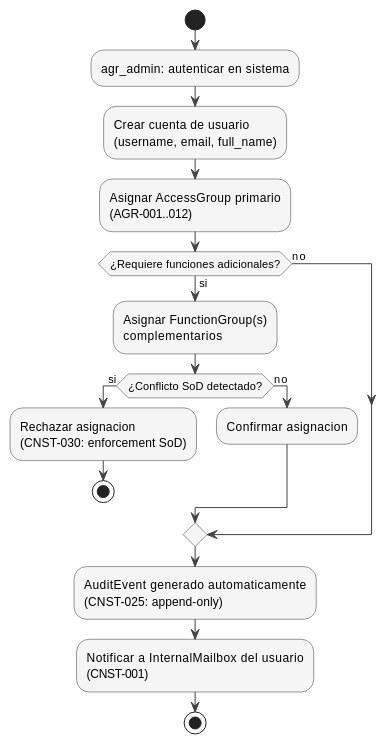
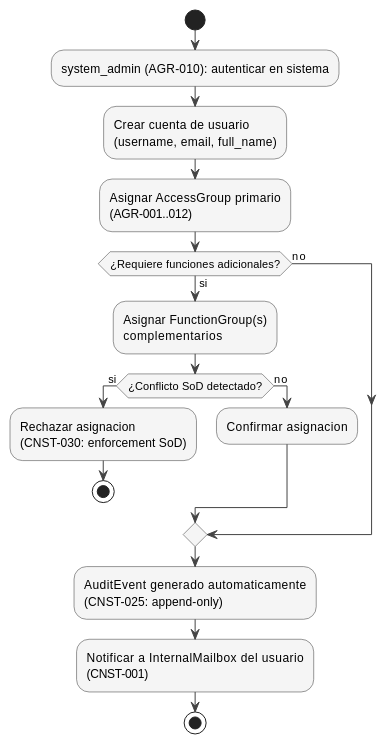
One commit to jcg-admin/IACT-docs changed the second of 2 diagrams in source/arquitectura-tecnica/operational-view/system-administration.rst. Above: the diagram before and after it, drawn with PlantUML. The commit also changed other lines of this file and 13 other files, not shown here.

```diff
--- a/source/arquitectura-tecnica/operational-view/system-administration.rst
+++ b/source/arquitectura-tecnica/operational-view/system-administration.rst
@@ -70,33 +70,33 @@
 .. uml::
  :caption: Figura — Flujo de administracion: alta de usuario con asignacion RBAC
 
  @startuml
 
  skinparam ArrowColor #444444
  skinparam ActivityBorderColor #333333
  skinparam ActivityBackgroundColor #F5F5F5
  skinparam shadowing false
 
  start
 
- :agr_admin: autenticar en sistema;
+ :system_admin (AGR-010): autenticar en sistema;
  :Crear cuenta de usuario\n(username, email, full_name);
  :Asignar AccessGroup primario\n(AGR-001..012);
 
  if (¿Requiere funciones adicionales?) then (si)
    :Asignar FunctionGroup(s)\ncomplementarios;
    if (¿Conflicto SoD detectado?) then (si)
      :Rechazar asignacion\n(CNST-030: enforcement SoD);
      stop
    else (no)
      :Confirmar asignacion;
    endif
  else (no)
  endif
 
  :AuditEvent generado automaticamente\n(CNST-025: append-only);
  :Notificar a InternalMailbox del usuario\n(CNST-001);
 
  stop
 
  @enduml
```
